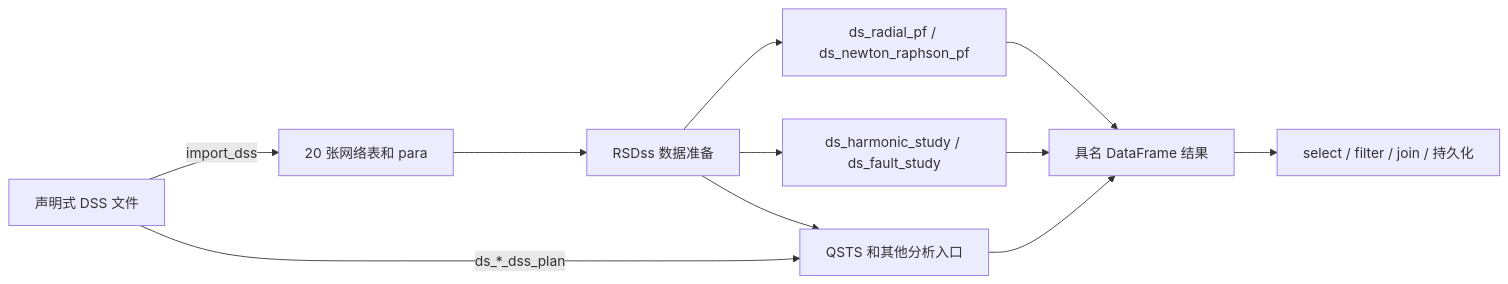
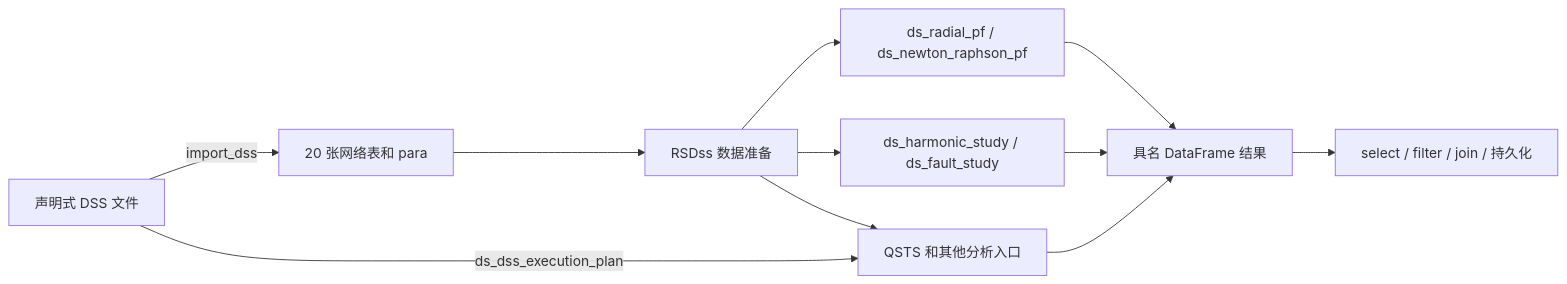
One commit to shufengdong/sparrowzz changed the diagram in dss/docs/opendss_to_rss.md. Above: the diagram before and after it, drawn with Mermaid. The commit also changed other lines of this file and 11 other files, not shown here.

Commit message:
docs(dss): document unified execution facade

````diff
--- a/dss/docs/opendss_to_rss.md
+++ b/dss/docs/opendss_to_rss.md
@@ -18,13 +18,13 @@
 ```mermaid
 flowchart LR
     A[声明式 DSS 文件] -->|import_dss| B[20 张网络表和 para]
     B --> C[RSDss 数据准备]
     C --> D[ds_radial_pf / ds_newton_raphson_pf]
     C --> E[ds_harmonic_study / ds_fault_study]
     C --> F[QSTS 和其他分析入口]
-    A -->|ds_*_dss_plan| F
+    A -->|ds_dss_execution_plan| F
     D --> G[具名 DataFrame 结果]
     E --> G
     F --> G
     G --> H[select / filter / join / 持久化]
 ```
````
